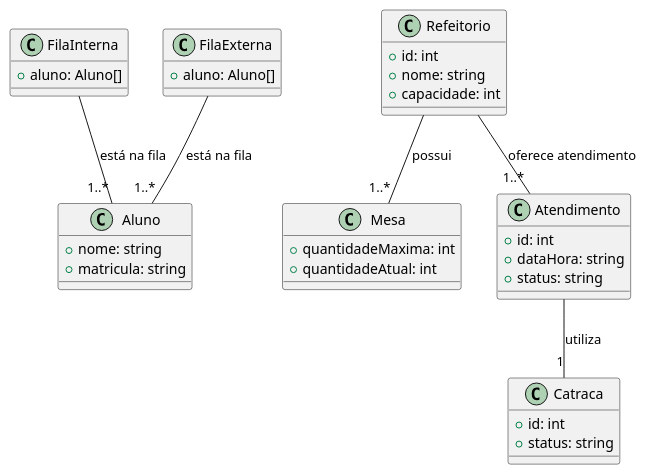
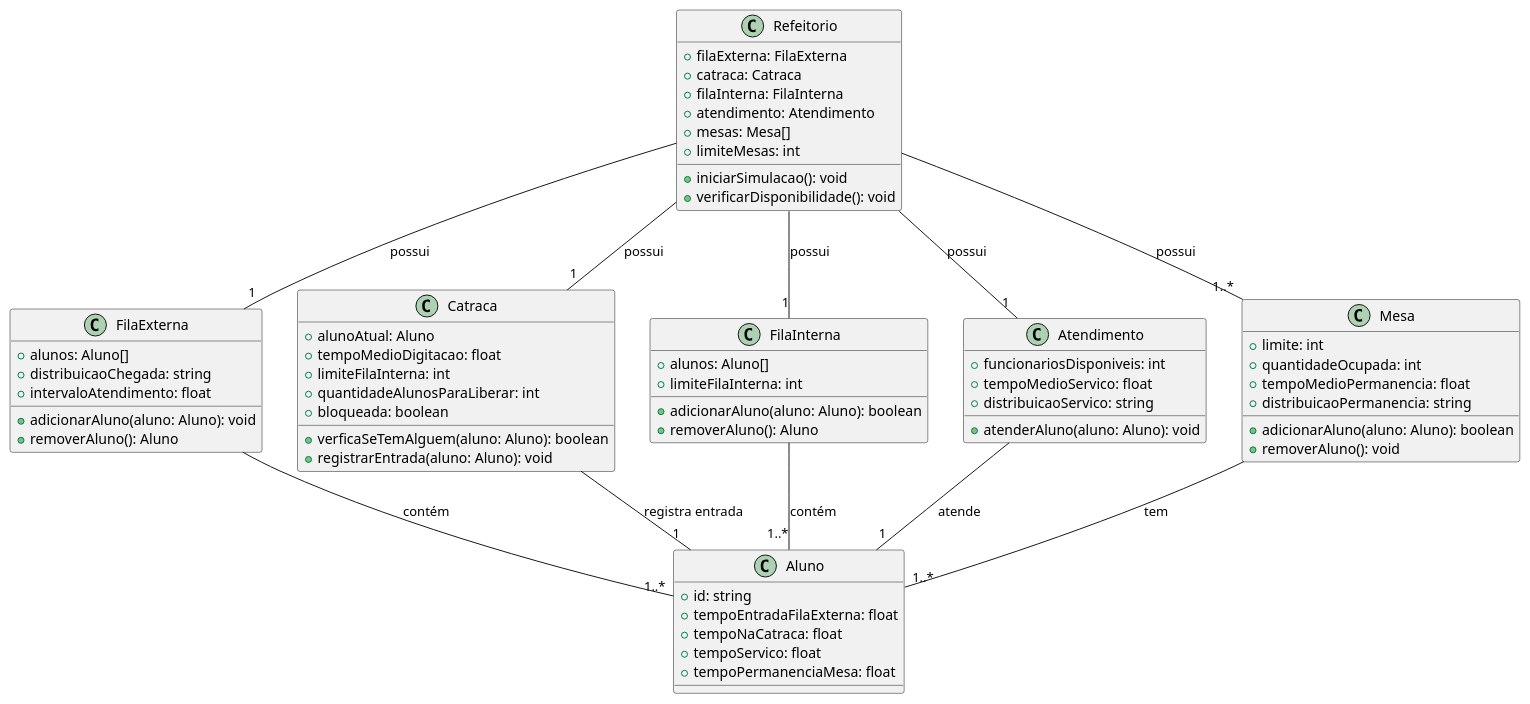
Before and after one commit to j-nilton/sfr-template: the diagram in design/system.plantuml, drawn with PlantUML.

```diff
--- a/design/system.plantuml
+++ b/design/system.plantuml
@@ -1,45 +1,73 @@
-@startuml
-class FilaInterna {
-    +aluno: Aluno[]
+@startuml Gerenciador para Refeitorio 
+class Aluno {
+    +id: string
+    +tempoEntradaFilaExterna: float
+    +tempoNaCatraca: float
+    +tempoServico: float
+    +tempoPermanenciaMesa: float
 }
 
 class FilaExterna {
-    +aluno: Aluno[]
+    +alunos: Aluno[]
+    +distribuicaoChegada: string
+    +intervaloAtendimento: float
+    +adicionarAluno(aluno: Aluno): void
+    +removerAluno(): Aluno
 }
 
-class Aluno {
-    +nome: string
-    +matricula: string
+class Catraca {
+    +alunoAtual: Aluno
+    +tempoMedioDigitacao: float
+    +limiteFilaInterna: int
+    +quantidadeAlunosParaLiberar: int
+    +bloqueada: boolean
+    +verficaSeTemAlguem(aluno: Aluno): boolean
+    +registrarEntrada(aluno: Aluno): void
+    
+}
+
+class FilaInterna {
+    +alunos: Aluno[]
+    +limiteFilaInterna: int
+    +adicionarAluno(aluno: Aluno): boolean
+    +removerAluno(): Aluno
+}
+
+class Atendimento {
+    +funcionariosDisponiveis: int
+    +tempoMedioServico: float
+    +distribuicaoServico: string
+    +atenderAluno(aluno: Aluno): void
+}
+
+class Mesa {
+    +limite: int
+    +quantidadeOcupada: int
+    +tempoMedioPermanencia: float
+    +distribuicaoPermanencia: string
+    +adicionarAluno(aluno: Aluno): boolean
+    +removerAluno(): void
 }
 
 class Refeitorio {
-    +id: int
-    +nome: string
-    +capacidade: int
+    +filaExterna: FilaExterna
+    +catraca: Catraca
+    +filaInterna: FilaInterna
+    +atendimento: Atendimento
+    +mesas: Mesa[]
+    +limiteMesas: int
+    +iniciarSimulacao(): void
+    +verificarDisponibilidade(): void
 }
 
-class Catraca {
-    +id: int
-    +status: string
-}
-
-class Mesa {
-    +quantidadeMaxima: int
-    +quantidadeAtual: int
-}
-
-class Atendimento {
-    +id: int
-    +dataHora: string
-    +status: string
-}
-
-
-
-FilaInterna -- "1..*" Aluno : "está na fila"
-FilaExterna -- "1..*" Aluno : "está na fila"
+FilaExterna -- "1..*" Aluno : "contém"
+FilaInterna -- "1..*" Aluno : "contém"
+Catraca -- "1" Aluno : "registra entrada"
+Atendimento -- "1" Aluno: "atende"
+Mesa -- "1..*" Aluno : "tem"
+Refeitorio -- "1" FilaExterna : "possui"
+Refeitorio -- "1" Catraca : "possui"
+Refeitorio -- "1" FilaInterna : "possui"
+Refeitorio -- "1" Atendimento : "possui"
 Refeitorio -- "1..*" Mesa : "possui"
-Refeitorio -- "1..*" Atendimento : "oferece atendimento"
-Atendimento -- "1" Catraca : "utiliza"
-
 @enduml
```
